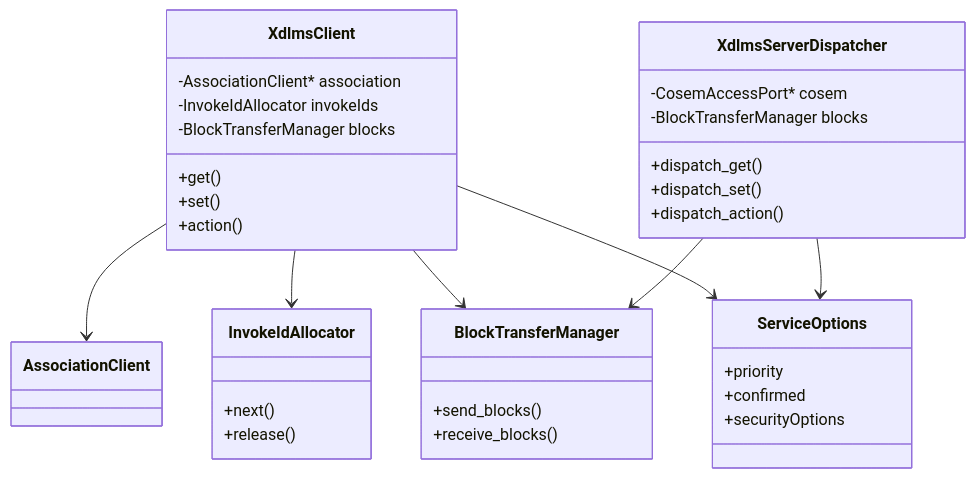
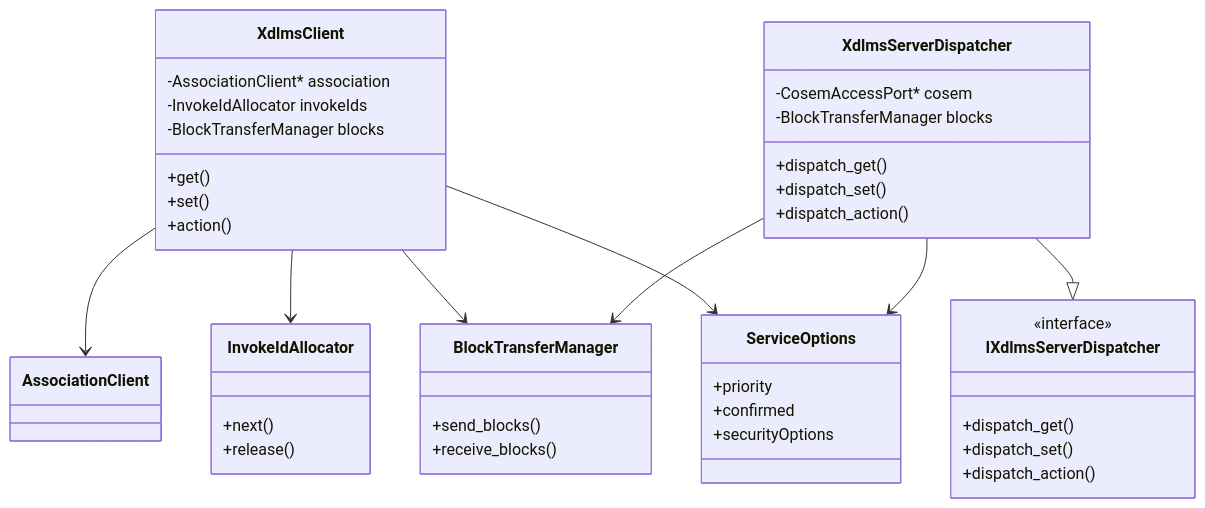
The seventh of 12 diagrams in docs/system_architecture.md (gvtret/dlms), drawn with Mermaid before and after one commit. The commit also changed other lines of this file, not shown here.

````diff
--- a/docs/system_architecture.md
+++ b/docs/system_architecture.md
@@ -569,42 +577,50 @@
 ```mermaid
 classDiagram
   class XdlmsClient {
     -AssociationClient* association
     -InvokeIdAllocator invokeIds
     -BlockTransferManager blocks
     +get()
     +set()
     +action()
   }
 
   class InvokeIdAllocator {
     +next()
     +release()
   }
 
   class BlockTransferManager {
     +send_blocks()
     +receive_blocks()
   }
 
+  class IXdlmsServerDispatcher {
+    <<interface>>
+    +dispatch_get()
+    +dispatch_set()
+    +dispatch_action()
+  }
+
   class XdlmsServerDispatcher {
     -CosemAccessPort* cosem
     -BlockTransferManager blocks
     +dispatch_get()
     +dispatch_set()
     +dispatch_action()
   }
 
   class ServiceOptions {
     +priority
     +confirmed
     +securityOptions
   }
 
   XdlmsClient --> AssociationClient
   XdlmsClient --> InvokeIdAllocator
   XdlmsClient --> BlockTransferManager
   XdlmsClient --> ServiceOptions
+  XdlmsServerDispatcher --|> IXdlmsServerDispatcher
   XdlmsServerDispatcher --> BlockTransferManager
   XdlmsServerDispatcher --> ServiceOptions
 ```
````
